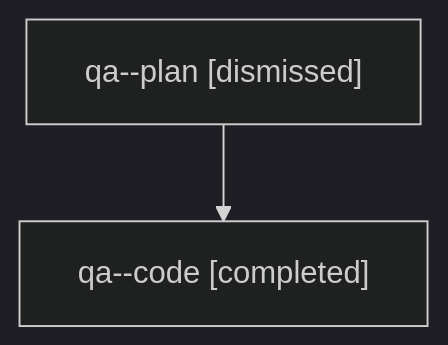
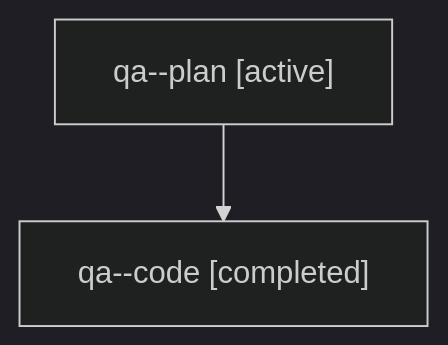
One commit to bobs-org/bob-cli--agents changed the diagram in families/bbugyi200.athena.qa.md. Above: the diagram before and after it, drawn with Mermaid (dark theme). The commit also changed other lines of this file and 122 other files, not shown here.

````diff
--- a/families/bbugyi200.athena.qa.md
+++ b/families/bbugyi200.athena.qa.md
@@ -9,6 +9,6 @@
 ```mermaid
 flowchart TD
-  n0["qa--plan [dismissed]"]
+  n0["qa--plan [active]"]
   n1["qa--code [completed]"]
   n0 --> n1
 ```
````
